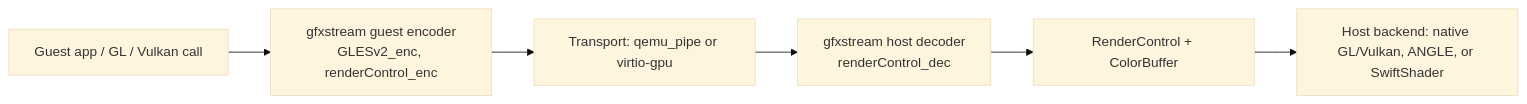
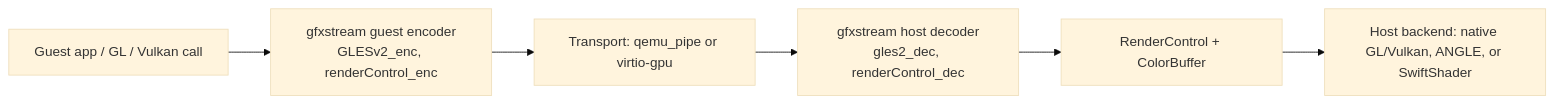
One commit to aospbooks/android-emulator-internal-book changed the second of 4 diagrams in C-appendix-glossary.md. Above: the diagram before and after it, drawn with Mermaid (base theme). The commit also changed other lines of this file and 31 other files, not shown here.

````diff
--- a/C-appendix-glossary.md
+++ b/C-appendix-glossary.md
@@ -33,9 +33,9 @@
 ```mermaid
 flowchart LR
     APP["Guest app / GL / Vulkan call"]
     APP --> ENC["gfxstream guest encoder<br/>GLESv2_enc, renderControl_enc"]
     ENC --> TRANSPORT["Transport: qemu_pipe or virtio-gpu"]
-    TRANSPORT --> DEC["gfxstream host decoder<br/>renderControl_dec"]
+    TRANSPORT --> DEC["gfxstream host decoder<br/>gles2_dec, renderControl_dec"]
     DEC --> RC["RenderControl + ColorBuffer"]
     RC --> BACKEND["Host backend: native GL/Vulkan, ANGLE, or SwiftShader"]
 ```
````
